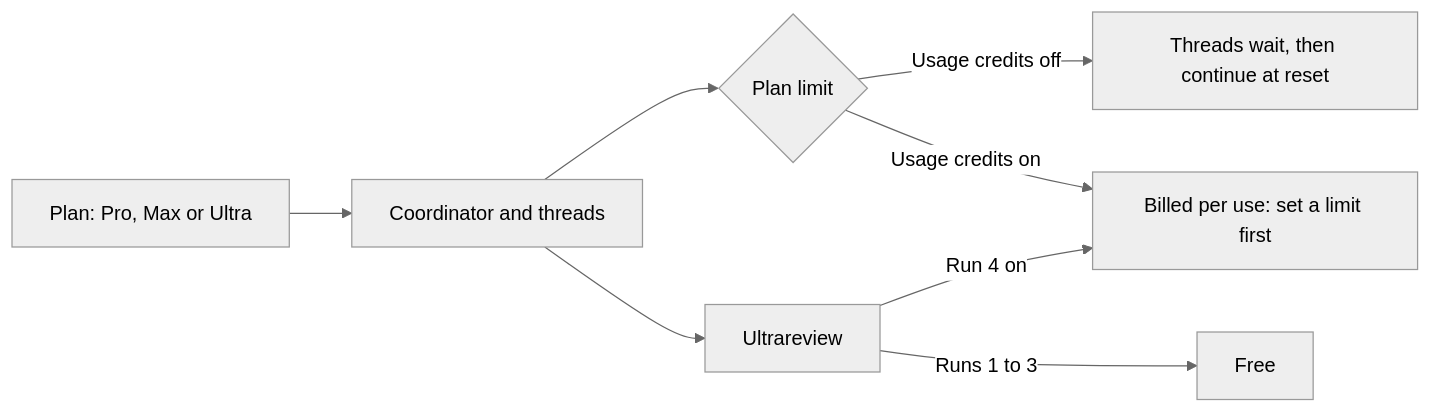
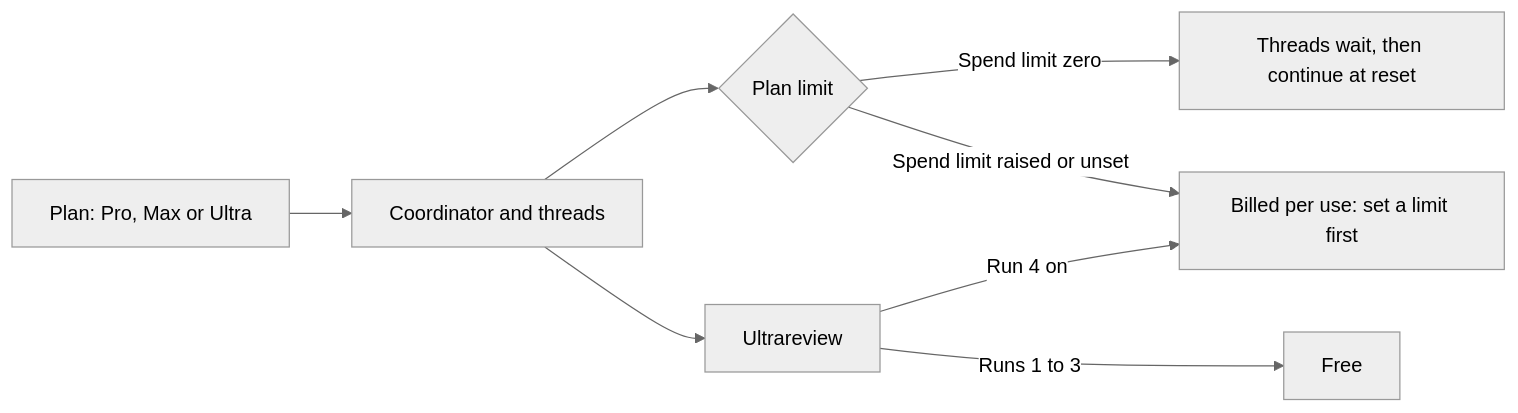
Before and after one commit to SoulCraft-Org/compute-crafter: the diagram in docs/claude-code-projects-spend.md, drawn with Mermaid (neutral theme). The commit also changed other lines of this file and 2 other files, not shown here.

First line of the commit message:
Call Git Crafter's doc re-read workflow, and re-read the spend guards

````diff
--- a/docs/claude-code-projects-spend.md
+++ b/docs/claude-code-projects-spend.md
@@ -5,10 +5,10 @@
 ```mermaid
 flowchart LR
   P[Plan: Pro, Max or Ultra] --> T[Coordinator and threads]
   T --> L{Plan limit}
-  L -->|Usage credits off| W[Threads wait, then continue at reset]
-  L -->|Usage credits on| B[Billed per use: set a limit first]
+  L -->|Spend limit zero| W[Threads wait, then continue at reset]
+  L -->|Spend limit raised or unset| B[Billed per use: set a limit first]
   T --> U[Ultrareview]
   U -->|Runs 1 to 3| F[Free]
   U -->|Run 4 on| B
 ```
````
